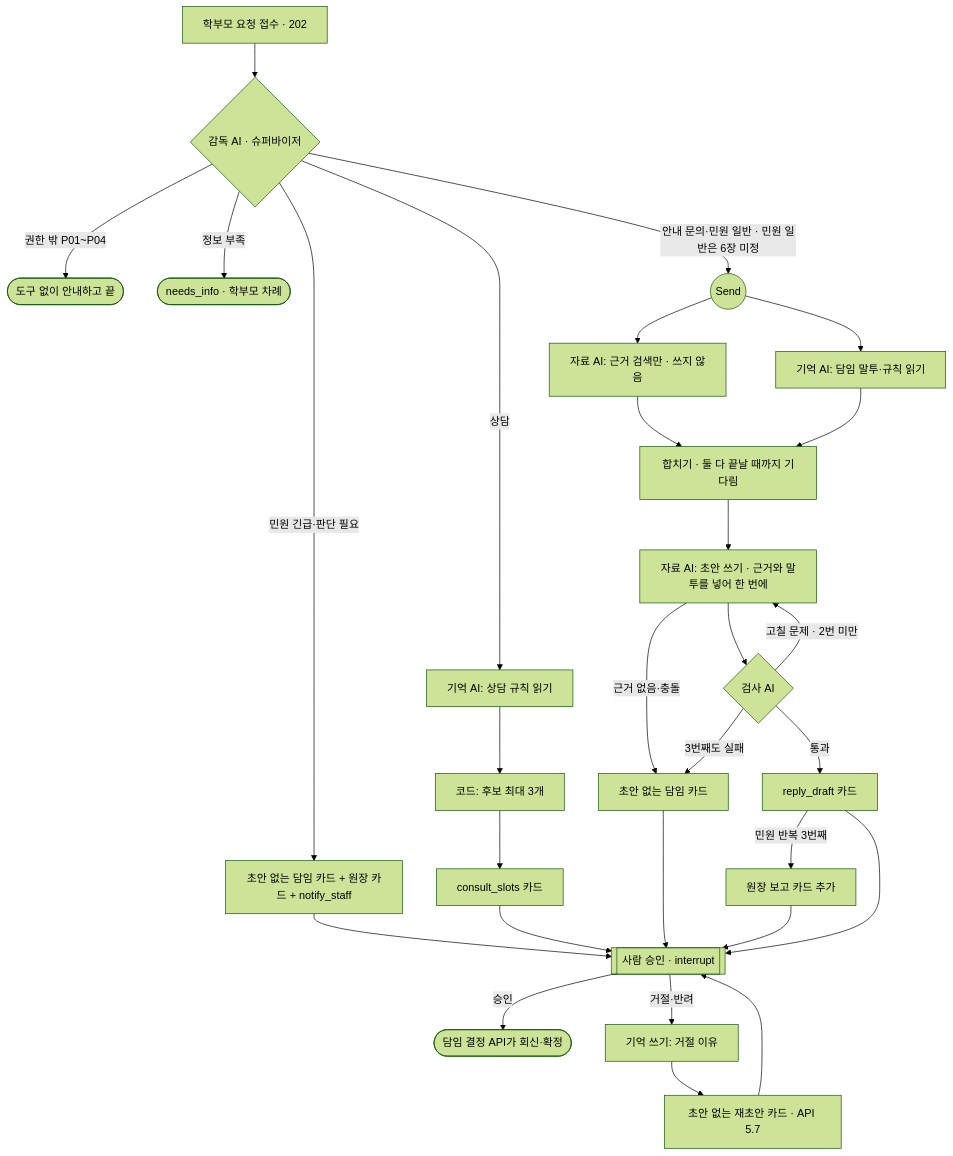
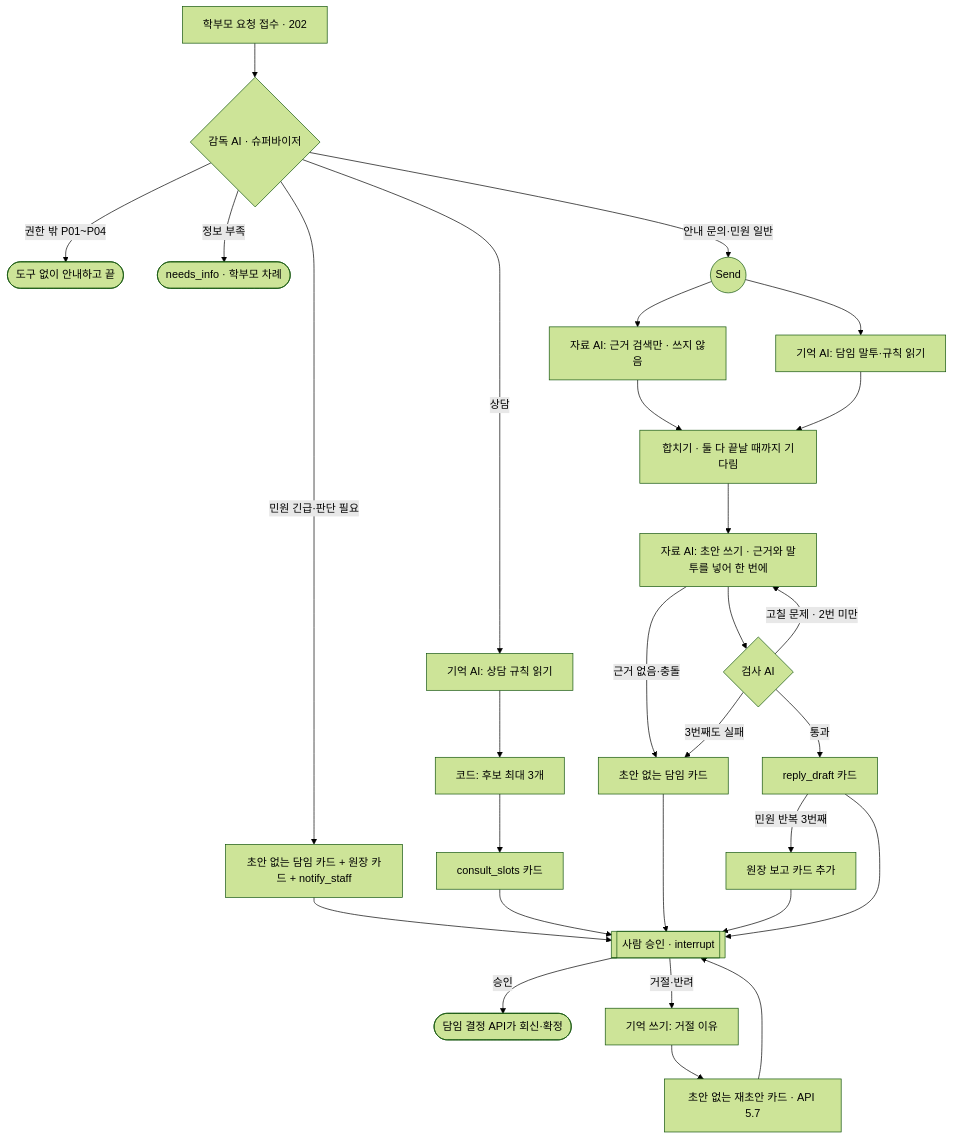
The second of 5 diagrams in Docs/Step3/T47_멀티에이전트_협업_아키텍처_설계서.md (aio-final-2team/FinalProject_2Team), drawn with Mermaid (forest theme) before and after one commit. The commit also changed other lines of this file and 5 other files, not shown here.

````diff
--- a/Docs/Step3/T47_멀티에이전트_협업_아키텍처_설계서.md
+++ b/Docs/Step3/T47_멀티에이전트_협업_아키텍처_설계서.md
@@ -155,28 +155,28 @@
 ```mermaid
 flowchart TD
     IN[학부모 요청 접수 · 202] --> SUP{감독 AI · 슈퍼바이저}
     SUP -->|권한 밖 P01~P04| OUT([도구 없이 안내하고 끝])
     SUP -->|정보 부족| NI([needs_info · 학부모 차례])
     SUP -->|민원 긴급·판단 필요| HC[초안 없는 담임 카드 + 원장 카드 + notify_staff]
     SUP -->|상담| MC[기억 AI: 상담 규칙 읽기]
     MC --> SL[코드: 후보 최대 3개] --> CC[consult_slots 카드]
-    SUP -->|안내 문의·민원 일반 · 민원 일반은 6장 미정| FAN((Send))
+    SUP -->|안내 문의·민원 일반| FAN((Send))
     FAN --> DS[자료 AI: 근거 검색만 · 쓰지 않음]
     FAN --> MT[기억 AI: 담임 말투·규칙 읽기]
     DS --> JN[합치기 · 둘 다 끝날 때까지 기다림]
     MT --> JN
     JN --> W[자료 AI: 초안 쓰기 · 근거와 말투를 넣어 한 번에]
     W -->|근거 없음·충돌| HC2[초안 없는 담임 카드]
     W --> CK{검사 AI}
     CK -->|고칠 문제 · 2번 미만| W
     CK -->|3번째도 실패| HC2
     CK -->|통과| RC[reply_draft 카드]
     RC -->|민원 반복 3번째| DR[원장 보고 카드 추가]
     RC --> AP[[사람 승인 · interrupt]]
     DR --> AP
     HC --> AP
     HC2 --> AP
     CC --> AP
     AP -->|승인| SENT([담임 결정 API가 회신·확정])
     AP -->|거절·반려| MW[기억 쓰기: 거절 이유] --> RD[초안 없는 재초안 카드 · API 5.7] --> AP
 ```
````
